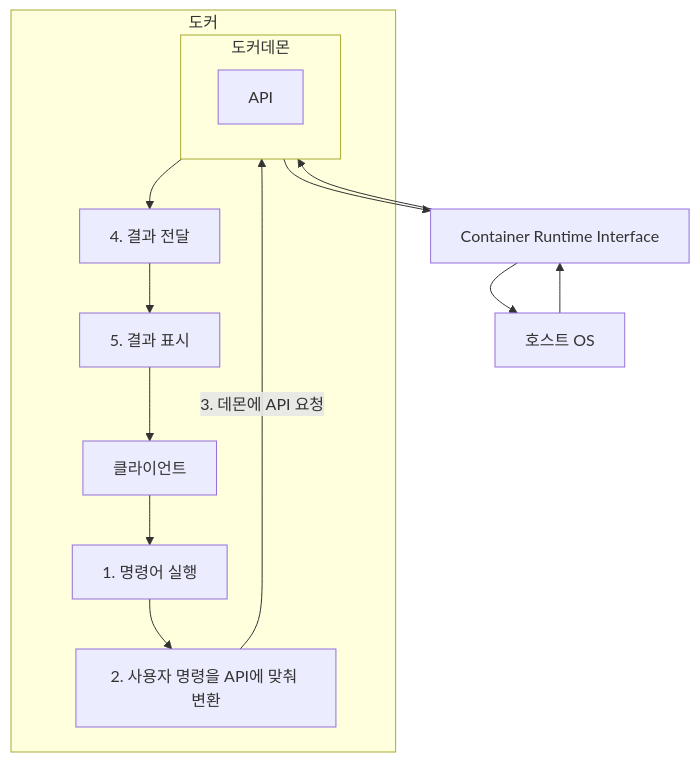
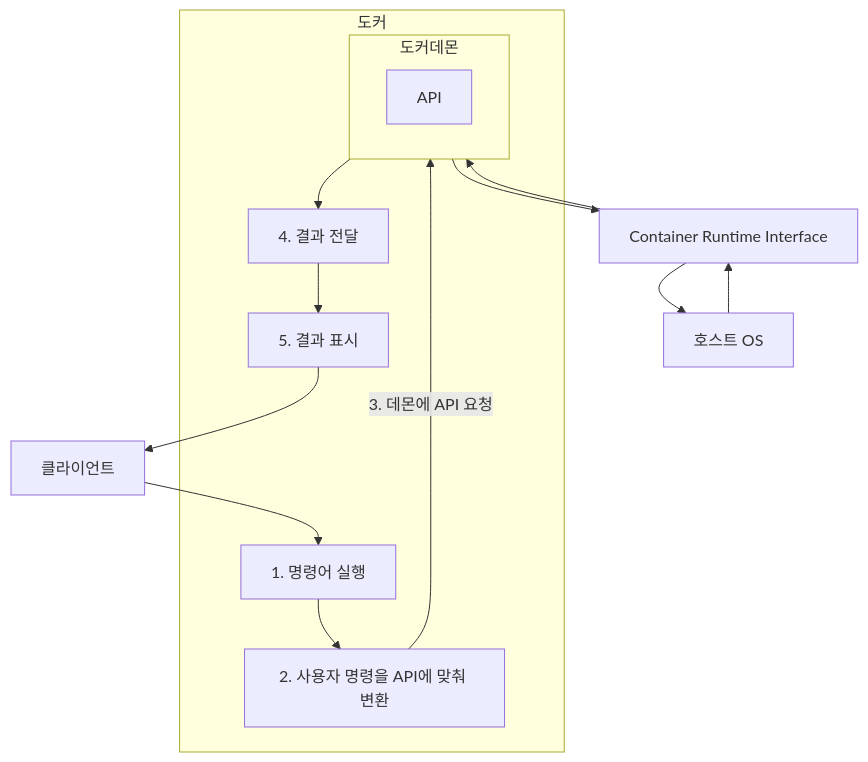
Before and after one commit to kimregular/DAILY_STUDY: the second of 2 diagrams in docker/04. 도커.md, drawn with Mermaid.

Commit message:
obsidian backup: 2024-08-15 21:29:04

````diff
--- a/docker/04. 도커.md
+++ b/docker/04. 도커.md
@@ -18,27 +18,28 @@
 ```mermaid
 flowchart TB
+c["클라이언트"]
 subgraph "도커"
-    c["클라이언트"]
+    
     step1[1. 명령어 실행]
     step2[2. 사용자 명령을 API에 맞춰 변환]
     step4[4. 결과 전달]
     step5[5. 결과 표시]
 
     subgraph "도커데몬"
         a["API"]
     end
 end
 
 h["호스트 OS"]
 
 c --> step1
 step1 --> step2
 step2 --> |"3. 데몬에 API 요청"| 도커데몬
 도커데몬 --> z["Container Runtime Interface"]
 z --> h
 h --> z
 z --> 도커데몬
 도커데몬 --> step4
 step4 --> step5
 step5 --> c
 ```
````
